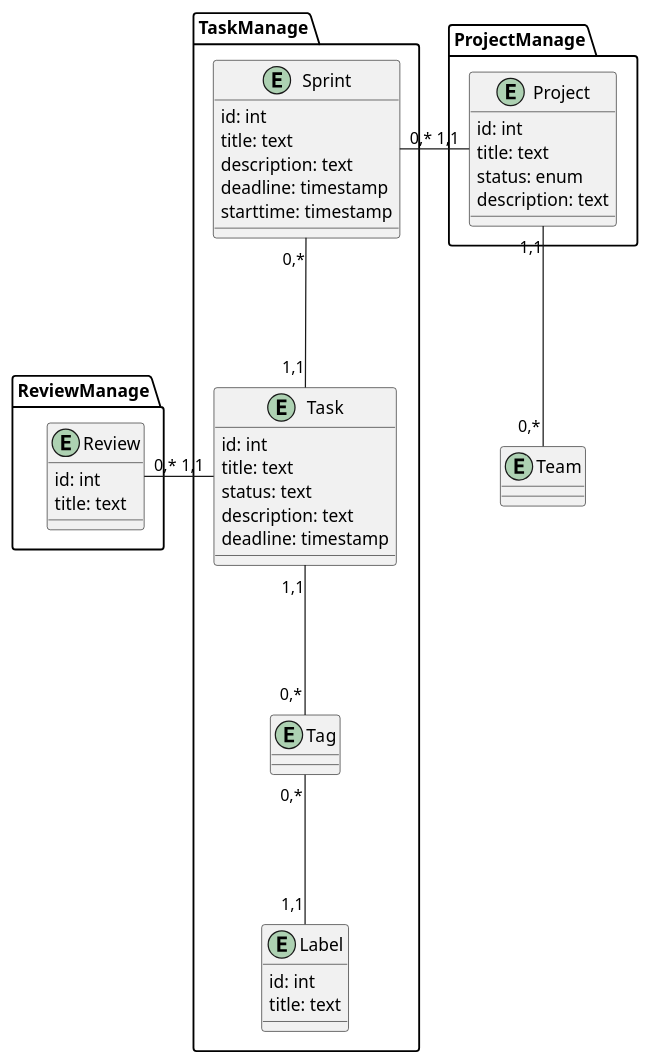
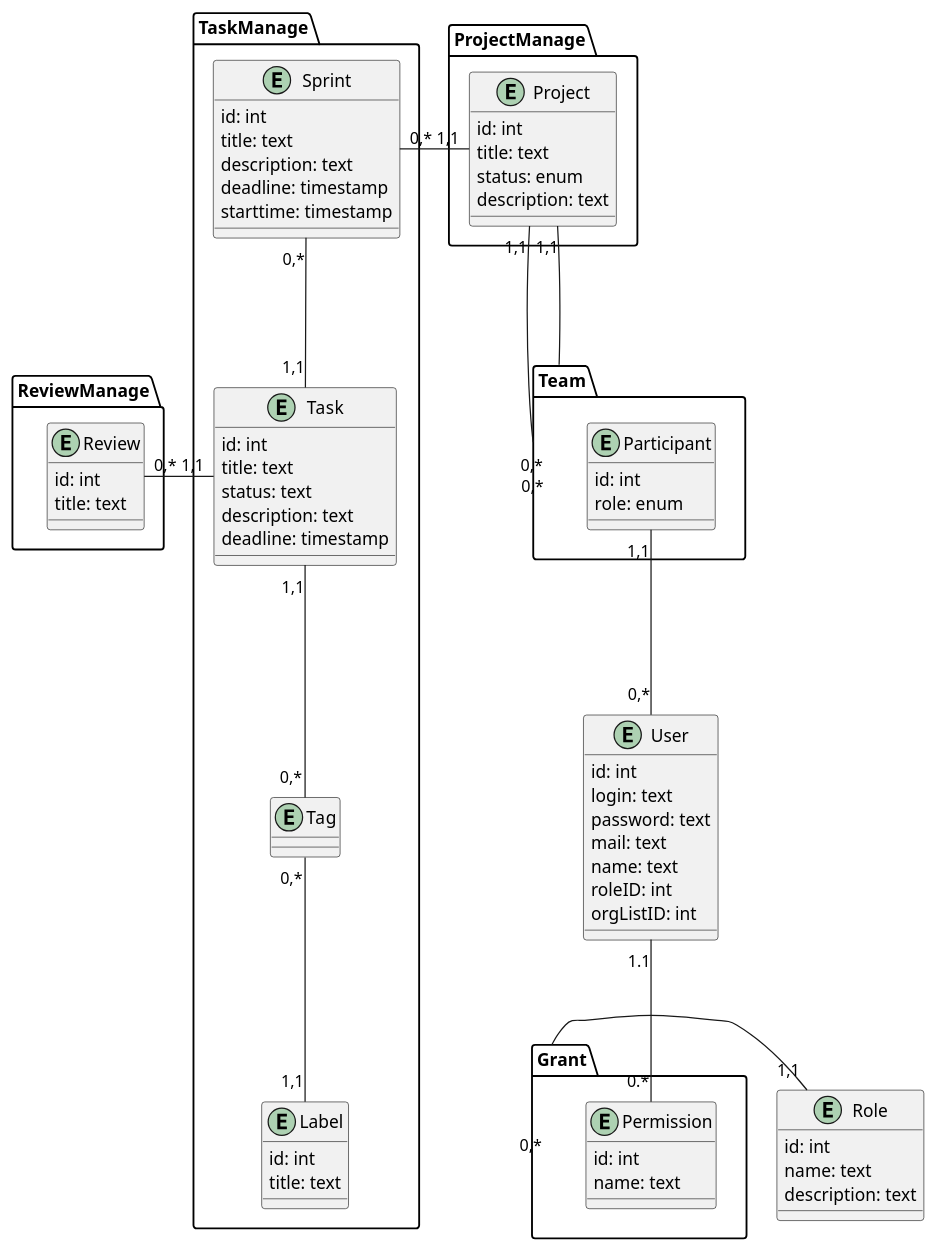
The second of 2 diagrams in docs/design/README.md (yanakozak170/pupsiki-bd-yana), drawn with PlantUML before and after one commit. The commit also changed other lines of this file, not shown here.

Commit message:
design\README Grant, Role, User, Participant, Permission

```diff
--- a/docs/design/README.md
+++ b/docs/design/README.md
@@ -140,7 +140,34 @@
     }
 }
 
-entity Team {
+package Team {
+    entity Participant {
+        id: int
+        role: enum
+    }
+}
+
+entity User {
+    id: int
+    login: text
+    password: text
+    mail: text
+    name: text
+    roleID: int
+    orgListID: int
+}
+
+entity Role {
+    id: int
+    name: text
+    description: text
+}
+
+package Grant {
+    entity Permission {
+        id: int
+        name: text
+    }
 }
 
 Task "1,1" -d-- "0,*" Tag
@@ -150,4 +177,10 @@
 Sprint "0,*" -d-- "1,1" Task
 Sprint "0,*" -l-- "1,1" Project
 Project "1,1" -d-- "0,*" Team
+
+Team "0,*" -u-- "1,1" Project
+Grant "0,*" -r-- "1,1" Role
+User "1.1" -d-- "0.*" Permission
+User "0,*" -u-- "1,1" Participant 
+
 @enduml
```
